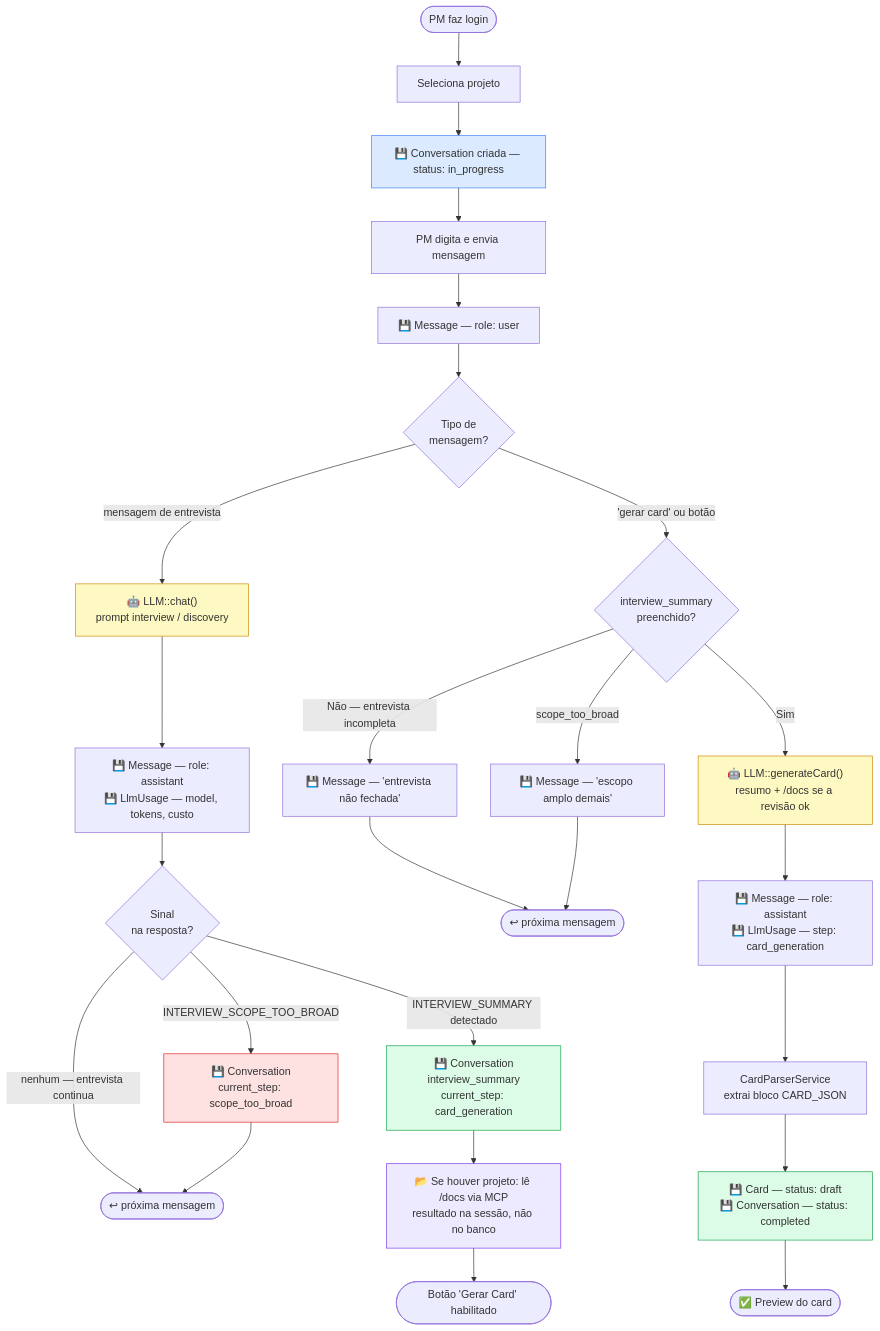
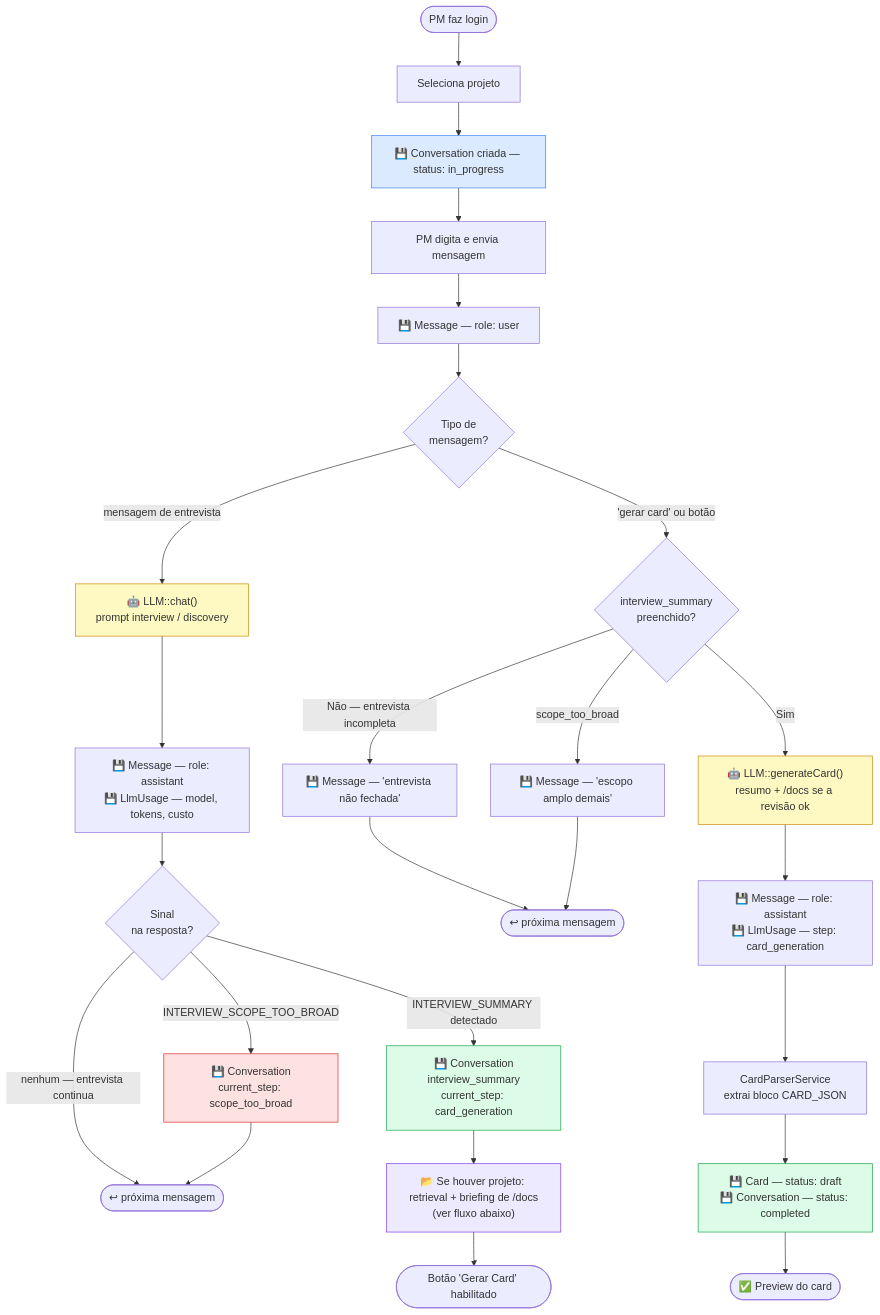
Before and after one commit to Fredrumond/pm_helper: the first of 3 diagrams in README.md, drawn with Mermaid. The commit also changed other lines of this file and 4 other files, not shown here.

````diff
--- a/README.md
+++ b/README.md
@@ -13,42 +13,42 @@
 ```mermaid
 flowchart TD
     START([PM faz login]) --> PROJ[Seleciona projeto]
     PROJ --> NEW["💾 Conversation criada — status: in_progress"]
     NEW --> SEND[PM digita e envia mensagem]
     SEND --> UMSG["💾 Message — role: user"]
     UMSG --> ROUTE{Tipo de\nmensagem?}
 
     %% ── Caminho A: mensagem de entrevista ────────────────────
     ROUTE -->|mensagem de entrevista| LLM1["🤖 LLM::chat()\nprompt interview / discovery"]
     LLM1 --> SAVE1["💾 Message — role: assistant\n💾 LlmUsage — model, tokens, custo"]
     SAVE1 --> SIG{Sinal\nna resposta?}
 
     SIG -->|nenhum — entrevista continua| LOOP1([↩ próxima mensagem])
     SIG -->|INTERVIEW_SCOPE_TOO_BROAD| BROAD["💾 Conversation\ncurrent_step: scope_too_broad"]
     SIG -->|INTERVIEW_SUMMARY detectado| IREADY["💾 Conversation\ninterview_summary\ncurrent_step: card_generation"]
     BROAD --> LOOP1
-    IREADY --> DOCS["📂 Se houver projeto: lê /docs via MCP\nresultado na sessão, não no banco"]
+    IREADY --> DOCS["📂 Se houver projeto: retrieval + briefing de /docs\n(ver fluxo abaixo)"]
     DOCS --> UNLOCK([Botão 'Gerar Card' habilitado])
 
     %% ── Caminho B: gerar card ────────────────────────────────
     ROUTE -->|'gerar card' ou botão| CHECK{interview_summary\npreenchido?}
 
     CHECK -->|Não — entrevista incompleta| WARN1["💾 Message — 'entrevista não fechada'"]
     CHECK -->|scope_too_broad| WARN2["💾 Message — 'escopo amplo demais'"]
     CHECK -->|Sim| LLM2["🤖 LLM::generateCard()\nresumo + /docs se a revisão ok"]
     WARN1 --> LOOP2([↩ próxima mensagem])
     WARN2 --> LOOP2
 
     LLM2 --> SAVE2["💾 Message — role: assistant\n💾 LlmUsage — step: card_generation"]
     SAVE2 --> PARSE[CardParserService\nextrai bloco CARD_JSON]
     PARSE --> CARD["💾 Card — status: draft\n💾 Conversation — status: completed"]
     CARD --> DONE([✅ Preview do card])
 
     style LLM1 fill:#fef9c3,stroke:#ca8a04
     style LLM2 fill:#fef9c3,stroke:#ca8a04
     style DOCS fill:#ede9fe,stroke:#7c3aed
     style CARD fill:#dcfce7,stroke:#16a34a
     style IREADY fill:#dcfce7,stroke:#16a34a
     style BROAD fill:#fee2e2,stroke:#dc2626
     style NEW fill:#dbeafe,stroke:#3b82f6
 ```
````
